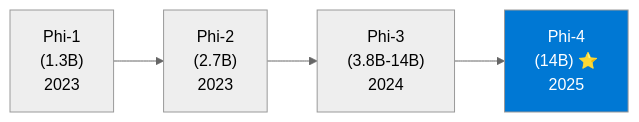
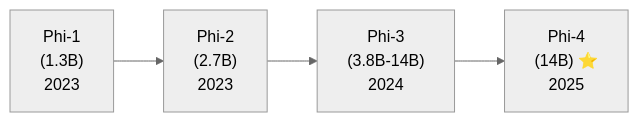
Before and after one commit to IzzetYasinAtes/ClaudeCodeHandbook: the sixth of 8 diagrams in 03-llm-saglayicilari/05-diger-saglayicilar.md, drawn with Mermaid (neutral theme). The commit also changed other lines of this file and 97 other files, not shown here.

Commit message:
Remove all custom Mermaid style/fill colors from 98 markdown files for consistent dark theme rendering

````diff
--- a/03-llm-saglayicilari/05-diger-saglayicilar.md
+++ b/03-llm-saglayicilari/05-diger-saglayicilar.md
@@ -282,11 +271,10 @@
 ```mermaid
 flowchart LR
     P1["Phi-1<br/>(1.3B)<br/>2023"]
     P2["Phi-2<br/>(2.7B)<br/>2023"]
     P3["Phi-3<br/>(3.8B-14B)<br/>2024"]
     P4["Phi-4<br/>(14B) ⭐<br/>2025"]
 
     P1 --> P2 --> P3 --> P4
 
-    style P4 fill:#0078d4,color:#fff
 ```
````
